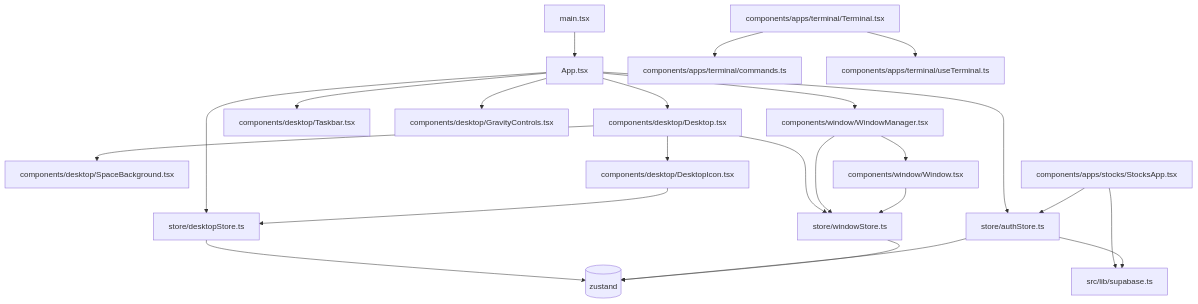
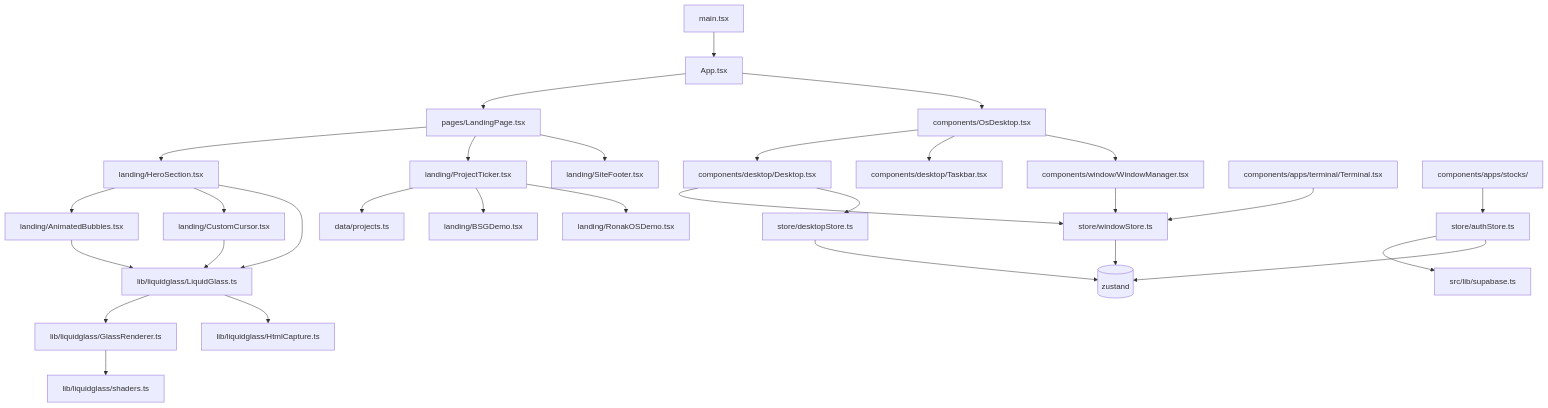
The diagram in TECHNICAL_DESIGN.md (Eskan0r/the), drawn with Mermaid before and after one commit. The commit also changed other lines of this file and 39 other files, not shown here.

````diff
--- a/TECHNICAL_DESIGN.md
+++ b/TECHNICAL_DESIGN.md
@@ -131,43 +161,58 @@
 ```mermaid
 graph TD
   Main[main.tsx]
   App[App.tsx]
+  Landing[pages/LandingPage.tsx]
+  Hero[landing/HeroSection.tsx]
+  Bubbles[landing/AnimatedBubbles.tsx]
+  Cursor[landing/CustomCursor.tsx]
+  Ticker[landing/ProjectTicker.tsx]
+  Footer[landing/SiteFooter.tsx]
+  ProjData[data/projects.ts]
+  BSG[landing/BSGDemo.tsx]
+  OSdemo[landing/RonakOSDemo.tsx]
+  LibGlass[lib/liquidglass/LiquidGlass.ts]
+  Renderer[lib/liquidglass/GlassRenderer.ts]
+  Capture[lib/liquidglass/HtmlCapture.ts]
+  Shaders[lib/liquidglass/shaders.ts]
+  OsDesktop[components/OsDesktop.tsx]
   Desktop[components/desktop/Desktop.tsx]
   Taskbar[components/desktop/Taskbar.tsx]
-  GravityControls[components/desktop/GravityControls.tsx]
-  SpaceBackground[components/desktop/SpaceBackground.tsx]
-  DesktopIcon[components/desktop/DesktopIcon.tsx]
-  WindowManager[components/window/WindowManager.tsx]
-  Window[components/window/Window.tsx]
-  StocksApp[components/apps/stocks/StocksApp.tsx]
+  WinMan[components/window/WindowManager.tsx]
   Terminal[components/apps/terminal/Terminal.tsx]
-  TerminalCommands[components/apps/terminal/commands.ts]
-  UseTerminal[components/apps/terminal/useTerminal.ts]
+  Stocks[components/apps/stocks/]
   Supabase[src/lib/supabase.ts]
   AuthStore[store/authStore.ts]
   DesktopStore[store/desktopStore.ts]
   WindowStore[store/windowStore.ts]
 
   Main --> App
-  App --> Desktop
-  App --> Taskbar
-  App --> GravityControls
-  App --> WindowManager
-  App --> AuthStore
-  App --> DesktopStore
-  Desktop --> DesktopIcon
-  Desktop --> SpaceBackground
+  App --> Landing
+  App --> OsDesktop
+  Landing --> Hero
+  Landing --> Ticker
+  Landing --> Footer
+  Hero --> Bubbles
+  Hero --> Cursor
+  Hero --> LibGlass
+  Ticker --> ProjData
+  Ticker --> BSG
+  Ticker --> OSdemo
+  Bubbles --> LibGlass
+  Cursor --> LibGlass
+  LibGlass --> Renderer
+  LibGlass --> Capture
+  Renderer --> Shaders
+  OsDesktop --> Desktop
+  OsDesktop --> Taskbar
+  OsDesktop --> WinMan
   Desktop --> WindowStore
-  DesktopIcon --> DesktopStore
-  WindowManager --> Window
-  WindowManager --> WindowStore
-  Window --> WindowStore
-  StocksApp --> AuthStore
-  StocksApp --> Supabase
-  Terminal --> TerminalCommands
-  Terminal --> UseTerminal
+  Desktop --> DesktopStore
+  WinMan --> WindowStore
+  Terminal --> WindowStore
+  Stocks --> AuthStore
   AuthStore --> Supabase
   DesktopStore --> Zustand[(zustand)]
   AuthStore --> Zustand
   WindowStore --> Zustand
 ```
````
